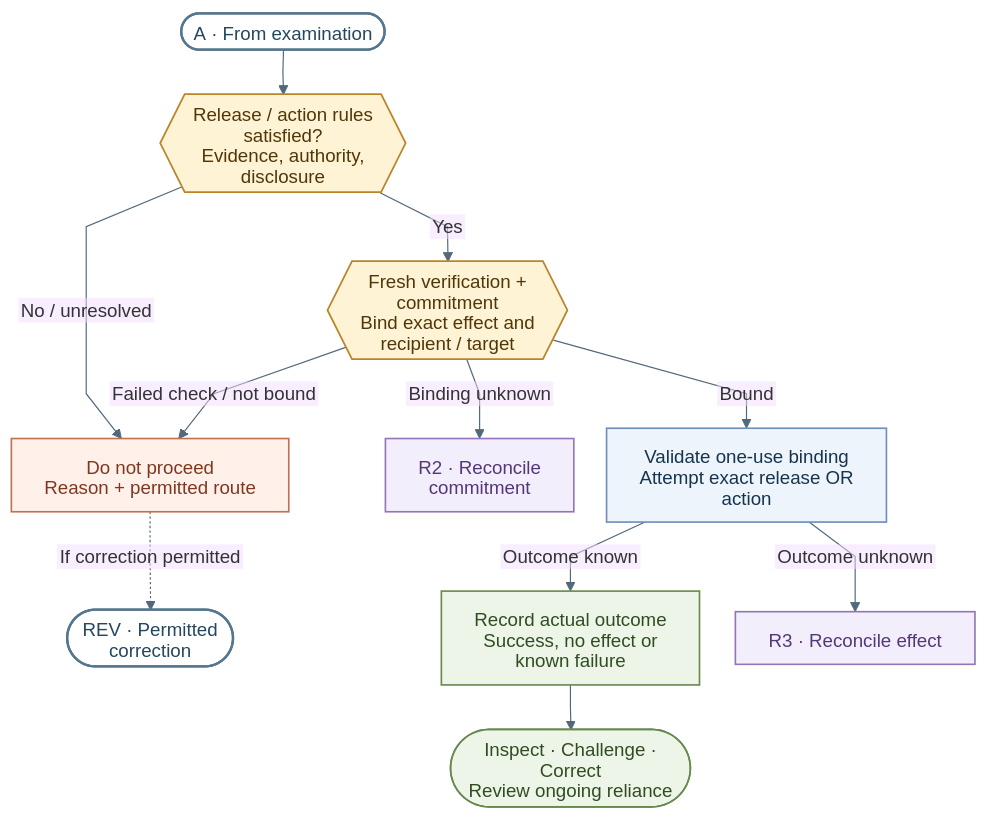
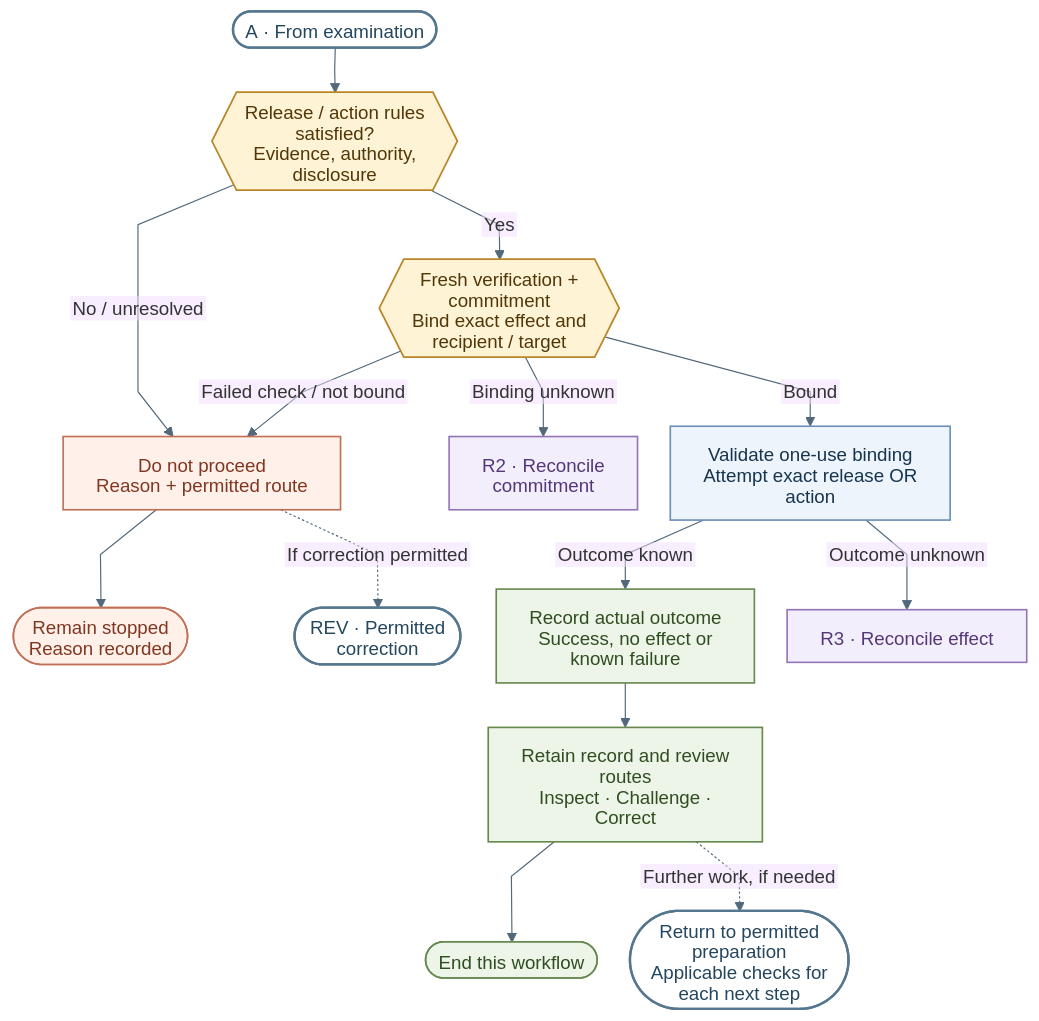
The second of 7 diagrams in docs/Assurance/Concepts/evidence-gated-agents.md (robertschaub/our-ai-charter), drawn with Mermaid before and after one commit. The commit also changed other lines of this file and 8 other files, not shown here.

Commit message:
docs(ega): clarify exits and publish coordinated diagrams

````diff
--- a/docs/Assurance/Concepts/evidence-gated-agents.md
+++ b/docs/Assurance/Concepts/evidence-gated-agents.md
@@ -152,23 +153,26 @@
 ```mermaid
 %%{init: {"theme":"base","themeCSS":".edgeLabel .label rect{fill:#fff!important;opacity:1!important}","themeVariables":{"fontFamily":"Arial, sans-serif","fontSize":"16px","lineColor":"#52687b"},"flowchart":{"curve":"linear","nodeSpacing":28,"rankSpacing":38,"padding":14,"wrappingWidth":190},"htmlLabels":false}}%%
 flowchart TD
  A(["A · From examination"]):::link --> G{{"Release / action rules satisfied?<br/>Evidence, authority, disclosure"}}:::gate
  G -->|No / unresolved| S["Do not proceed<br/>Reason + permitted route"]:::stop
  G -->|Yes| C{{"Fresh verification + commitment<br/>Bind exact effect and recipient / target"}}:::gate
  C -->|Failed check / not bound| S
  C -->|Binding unknown| U["R2 · Reconcile commitment"]:::uncertain
  C -->|Bound| E["Validate one-use binding<br/>Attempt exact release OR action"]:::work
  E -->|Outcome known| O["Record actual outcome<br/>Success, no effect or known failure"]:::result
  E -->|Outcome unknown| V["R3 · Reconcile effect"]:::uncertain
- O --> R(["Inspect · Challenge · Correct<br/>Review ongoing reliance"]):::result
+ O --> R["Retain record and review routes<br/>Inspect · Challenge · Correct"]:::result
+ R --> DONE(["End this workflow"]):::result
+ R -.->|Further work, if needed| NEXT(["Return to permitted preparation<br/>Applicable checks for each next step"]):::link
 
+ S --> END(["Remain stopped<br/>Reason recorded"]):::stop
  S -.->|If correction permitted| REV(["REV · Permitted correction"]):::link
 
 classDef work fill:#edf4fc,stroke:#6d8fb8,color:#17344c,stroke-width:1.4px
 classDef gate fill:#fff3d5,stroke:#b98528,color:#513707,stroke-width:1.5px
 classDef evidence fill:#e6f5f2,stroke:#39877e,color:#174c46,stroke-width:1.4px
 classDef stop fill:#fff0e9,stroke:#c07155,color:#803721,stroke-width:1.4px
 classDef result fill:#edf5e8,stroke:#678950,color:#304d22,stroke-width:1.4px
 classDef uncertain fill:#f3eefb,stroke:#9476b7,color:#533779,stroke-width:1.4px
 classDef link fill:#fff,stroke:#54768e,color:#24465e,stroke-width:2px
 ```
````
